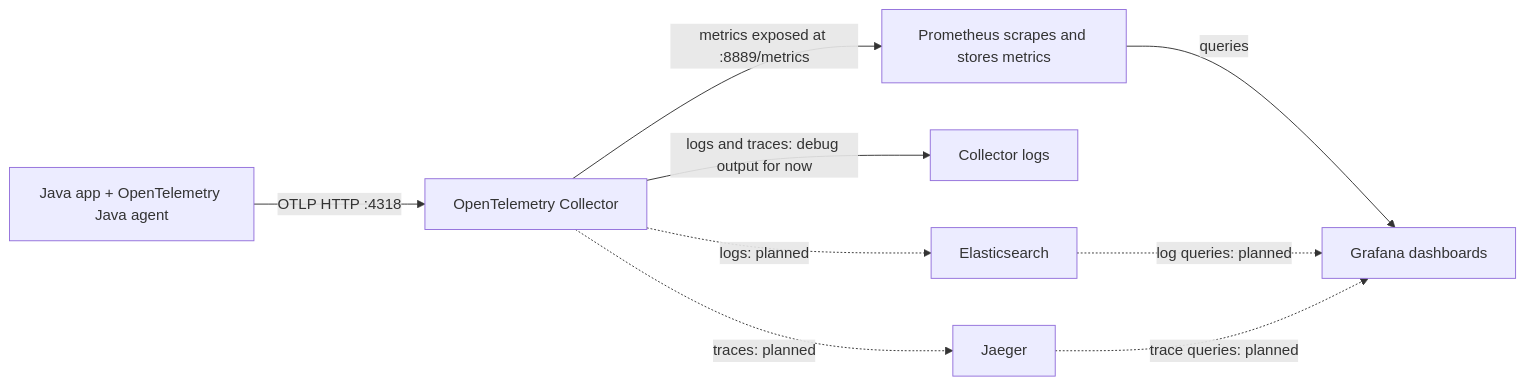
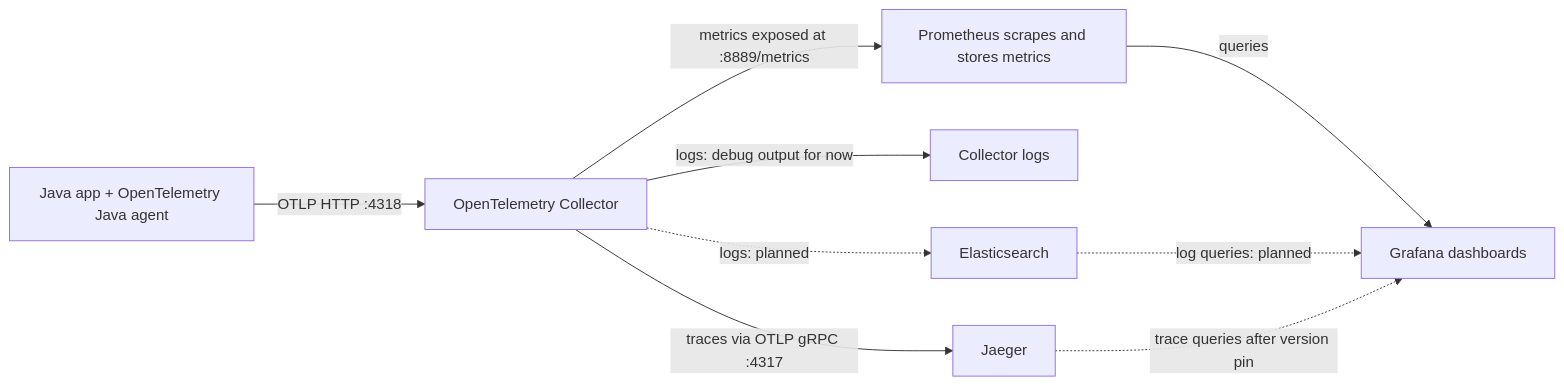
Before and after one commit to LegitAgent/grafana-sub-blueprint: the diagram in README.md, drawn with Mermaid. The commit also changed other lines of this file and 1 other file, not shown here.

Commit message:
feat: added jaegar and elasticsearch to otel collector

````diff
--- a/README.md
+++ b/README.md
@@ -7,11 +7,11 @@
 ```mermaid
 flowchart LR
     A[Java app + OpenTelemetry Java agent] -->|OTLP HTTP :4318| C[OpenTelemetry Collector]
     C -->|metrics exposed at :8889/metrics| P[Prometheus scrapes and stores metrics]
     P -->|queries| G[Grafana dashboards]
-    C -->|logs and traces: debug output for now| D[Collector logs]
+    C -->|logs: debug output for now| D[Collector logs]
     C -.->|logs: planned| E[Elasticsearch]
     E -.->|log queries: planned| G
-    C -.->|traces: planned| J[Jaeger]
-    J -.->|trace queries: planned| G
+    C -->|traces via OTLP gRPC :4317| J[Jaeger]
+    J -.->|trace queries after version pin| G
 ```
````
